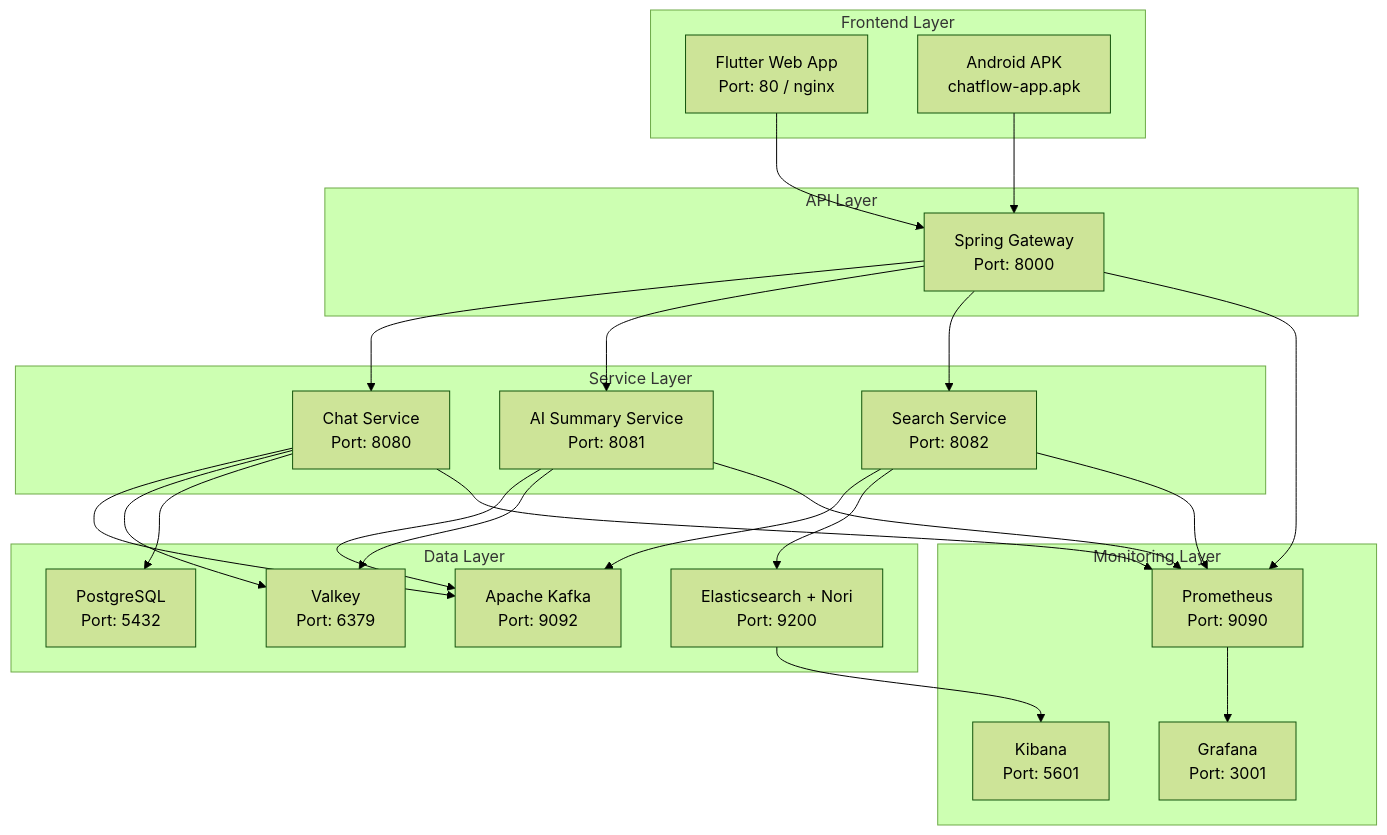
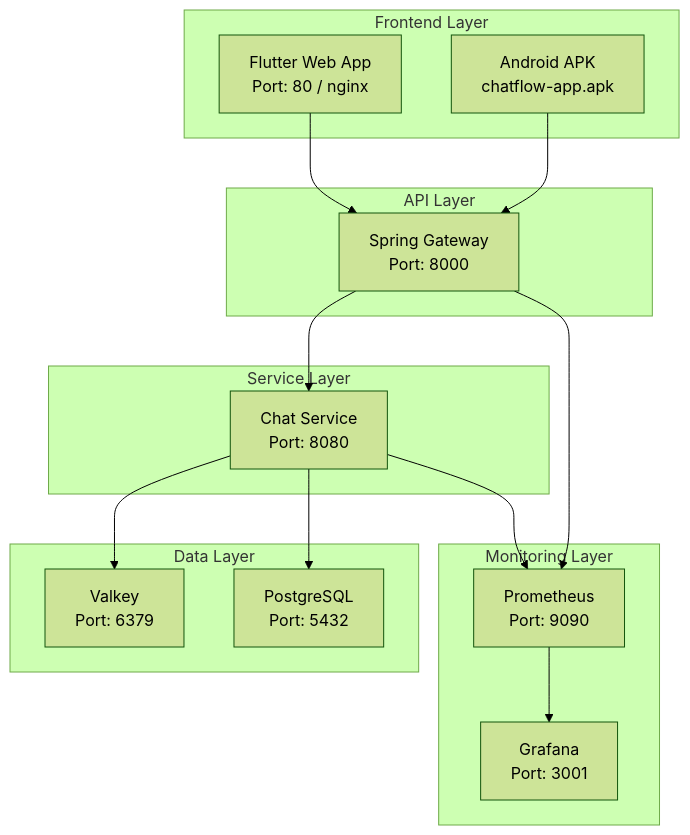
Before and after one commit to KwonSeungwon/chat_flow: the diagram in README.md, drawn with Mermaid (forest theme). The commit also changed other lines of this file and 25 other files, not shown here.

Commit message:
docs: update architecture docs and harness for slimmed stack

````diff
--- a/README.md
+++ b/README.md
@@ -30,55 +30,38 @@
 ```mermaid
 graph TB
     subgraph "Frontend Layer"
         WEB[Flutter Web App<br/>Port: 80 / nginx]
         APK[Android APK<br/>chatflow-app.apk]
     end
     
     subgraph "API Layer"
         GATEWAY[Spring Gateway<br/>Port: 8000]
     end
     
     subgraph "Service Layer"
         CHAT[Chat Service<br/>Port: 8080]
-        AI[AI Summary Service<br/>Port: 8081]
-        SEARCH[Search Service<br/>Port: 8082]
     end
     
     subgraph "Data Layer"
-        KAFKA[Apache Kafka<br/>Port: 9092]
         VALKEY[Valkey<br/>Port: 6379]
-        ES[Elasticsearch + Nori<br/>Port: 9200]
         POSTGRES[PostgreSQL<br/>Port: 5432]
     end
     
     subgraph "Monitoring Layer"
         PROMETHEUS[Prometheus<br/>Port: 9090]
         GRAFANA[Grafana<br/>Port: 3001]
-        KIBANA[Kibana<br/>Port: 5601]
     end
     
     WEB --> GATEWAY
     APK --> GATEWAY
     
     GATEWAY --> CHAT
-    GATEWAY --> AI  
-    GATEWAY --> SEARCH
     
-    CHAT --> KAFKA
     CHAT --> VALKEY
     CHAT --> POSTGRES
     
-    AI --> KAFKA
-    AI --> VALKEY
-    
-    SEARCH --> KAFKA
-    SEARCH --> ES
-    
     CHAT --> PROMETHEUS
-    AI --> PROMETHEUS
-    SEARCH --> PROMETHEUS
     GATEWAY --> PROMETHEUS
     
     PROMETHEUS --> GRAFANA
-    ES --> KIBANA
 ```
````
